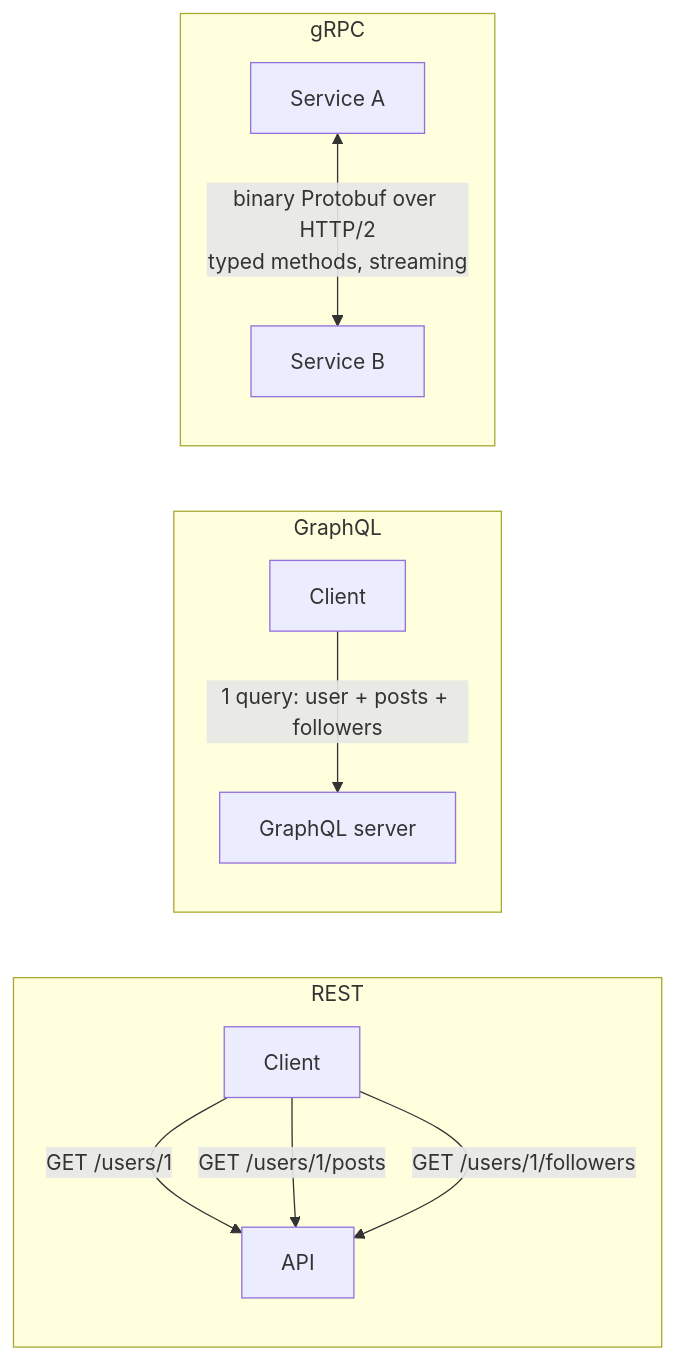
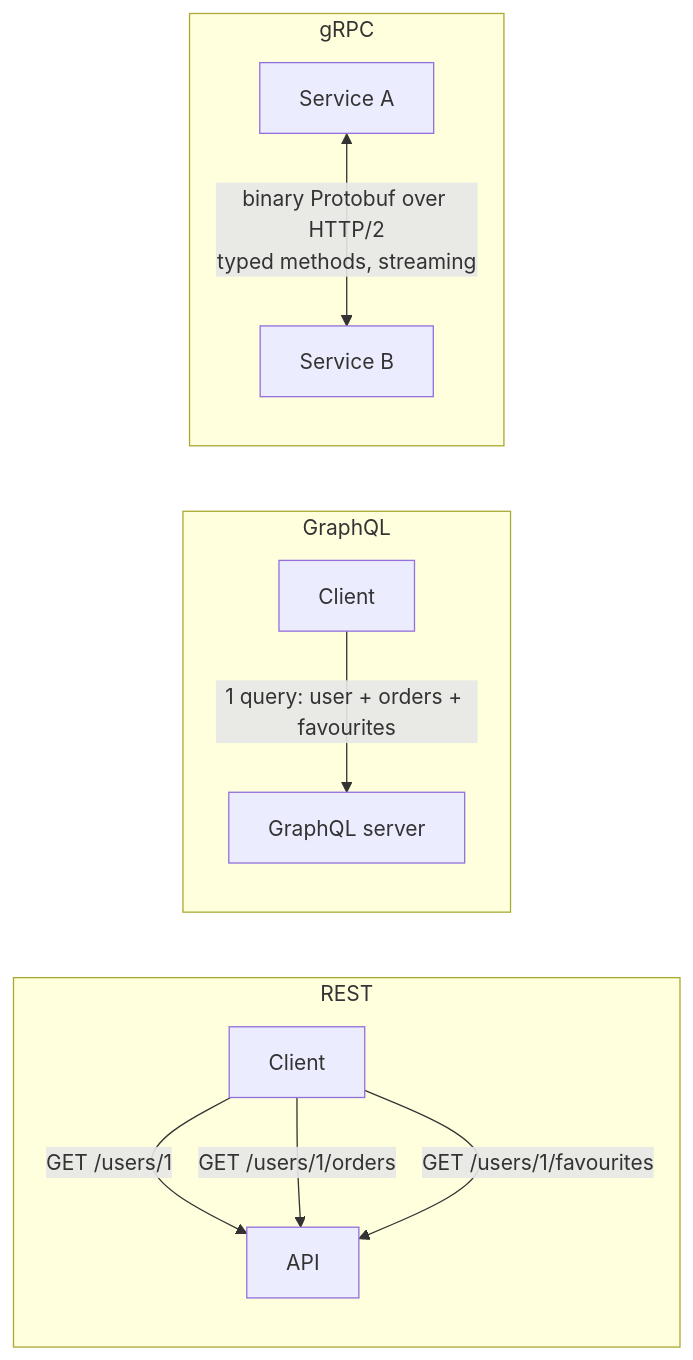
The diagram in phases/02-networking/015-rest-grpc-graphql.md (winnyboy5/System-Design-from-Atoms), drawn with Mermaid before and after one commit. The commit also changed other lines of this file and 7 other files, not shown here.

````diff
--- a/phases/02-networking/015-rest-grpc-graphql.md
+++ b/phases/02-networking/015-rest-grpc-graphql.md
@@ -27,14 +37,14 @@
 ```mermaid
 flowchart LR
     subgraph REST
         C1["Client"] -->|"GET /users/1"| A1["API"]
-        C1 -->|"GET /users/1/posts"| A1
-        C1 -->|"GET /users/1/followers"| A1
+        C1 -->|"GET /users/1/orders"| A1
+        C1 -->|"GET /users/1/favourites"| A1
     end
     subgraph GraphQL
-        C2["Client"] -->|"1 query: user + posts + followers"| A2["GraphQL server"]
+        C2["Client"] -->|"1 query: user + orders + favourites"| A2["GraphQL server"]
     end
     subgraph gRPC
         S1["Service A"] <-->|"binary Protobuf over HTTP/2<br/>typed methods, streaming"| S2["Service B"]
     end
 ```
````
